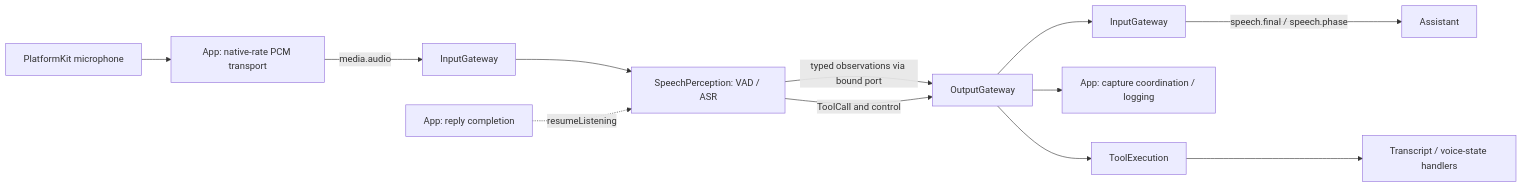
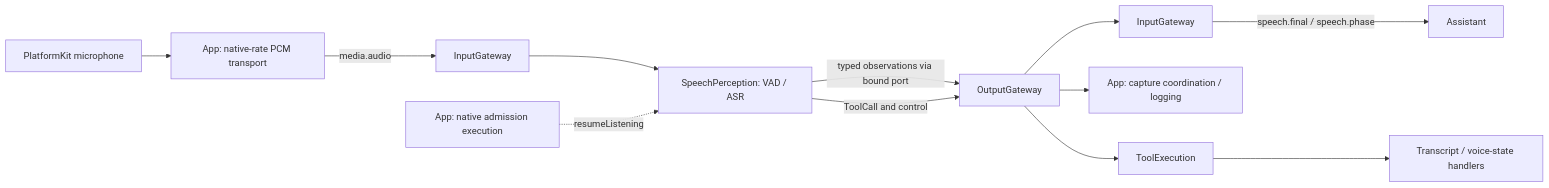
Before and after one commit to devilyouwei/MobileHarness: the second of 4 diagrams in MobileHarness/Agents/SpeechPerception/README.md, drawn with Mermaid. The commit also changed other lines of this file and 291 other files, not shown here.

````diff
--- a/MobileHarness/Agents/SpeechPerception/README.md
+++ b/MobileHarness/Agents/SpeechPerception/README.md
@@ -60,14 +98,14 @@
 ```mermaid
 flowchart LR
     Mic[PlatformKit microphone] --> Adapt[App: native-rate PCM transport]
     Adapt -->|media.audio| IG[InputGateway]
     IG --> S[SpeechPerception: VAD / ASR]
     S -->|typed observations via bound port| OG[OutputGateway]
     OG --> IG2[InputGateway]
     IG2 -->|speech.final / speech.phase| Assistant
     OG --> Observer[App: capture coordination / logging]
     S -->|ToolCall and control| OG
     OG --> AR[ToolExecution]
     AR --> UI[Transcript / voice-state handlers]
-    App[App: reply completion] -.->|resumeListening| S
+    App[App: native admission execution] -.->|resumeListening| S
 ```
````
